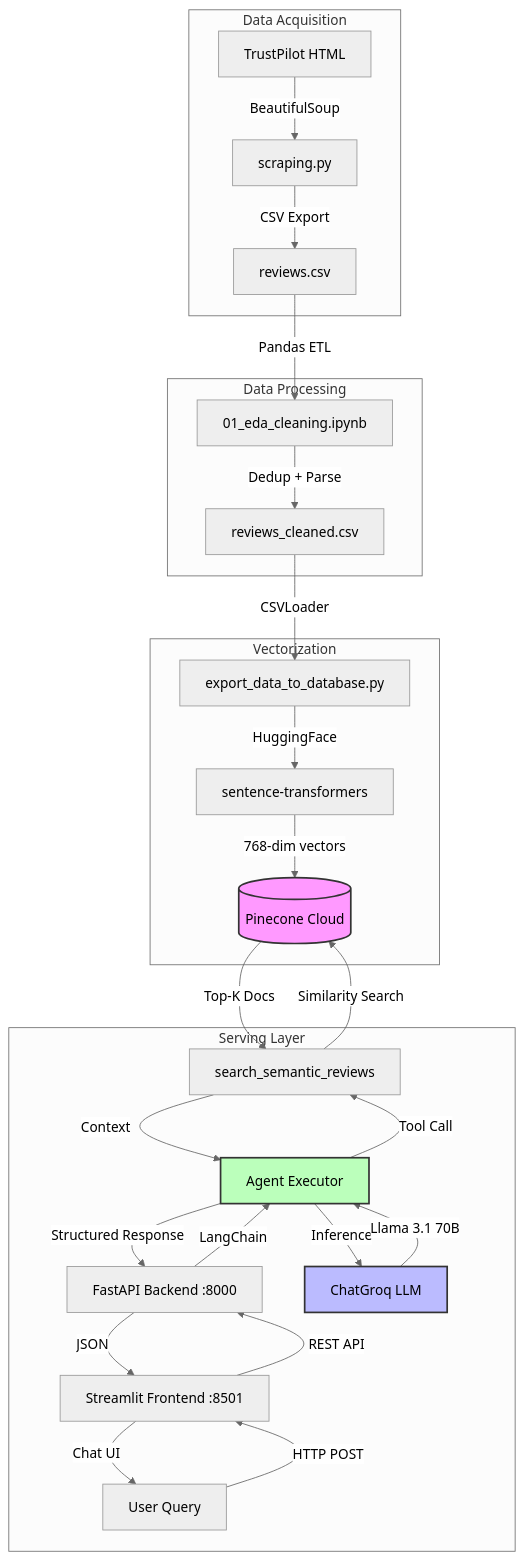
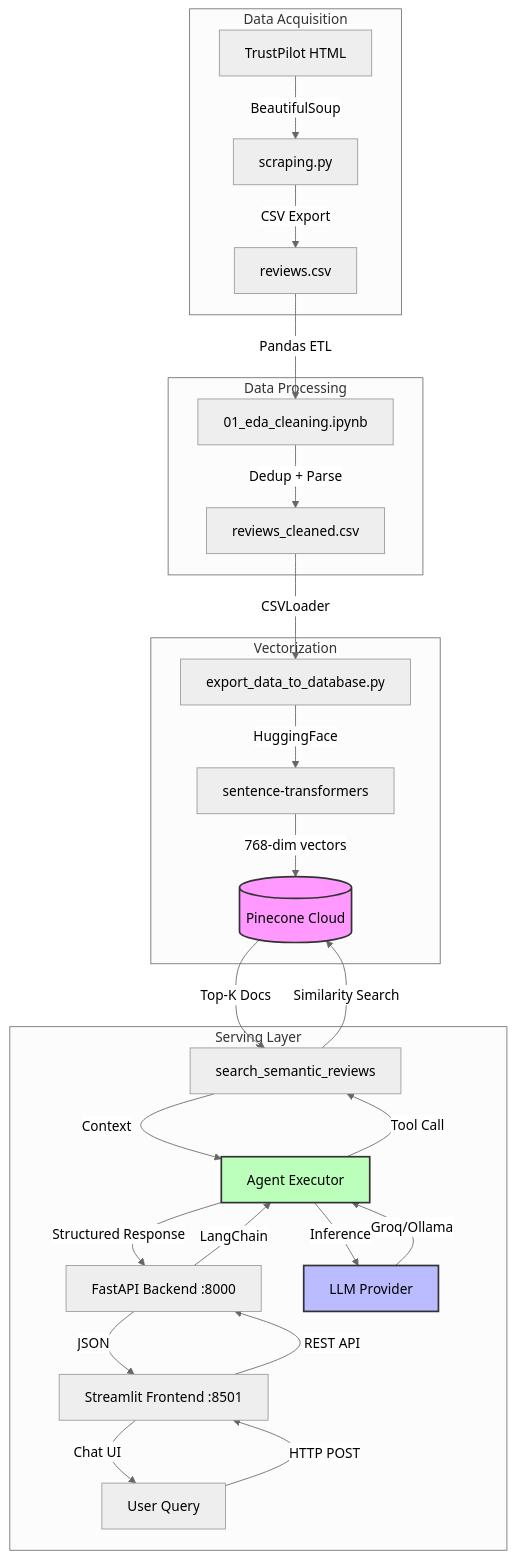
The diagram in README.md (jarzeckil/samsung-review-nlp-analyzer), drawn with Mermaid (neutral theme) before and after one commit. The commit also changed other lines of this file and 1 other file, not shown here.

Commit message:
docs: add info about ollama

````diff
--- a/README.md
+++ b/README.md
@@ -24,37 +26,37 @@
 ```mermaid
 graph TB
     subgraph Data Acquisition
         A[TrustPilot HTML] -->|BeautifulSoup| B[scraping.py]
         B -->|CSV Export| C[reviews.csv]
     end
     
     subgraph Data Processing
         C -->|Pandas ETL| D[01_eda_cleaning.ipynb]
         D -->|Dedup + Parse| E[reviews_cleaned.csv]
     end
     
     subgraph Vectorization
         E -->|CSVLoader| F[export_data_to_database.py]
         F -->|HuggingFace| G[sentence-transformers]
         G -->|768-dim vectors| H[(Pinecone Cloud)]
     end
     
     subgraph Serving Layer
         I[User Query] -->|HTTP POST| J[Streamlit Frontend :8501]
         J -->|REST API| K[FastAPI Backend :8000]
         K -->|LangChain| L[Agent Executor]
         L -->|Tool Call| M[search_semantic_reviews]
         M -->|Similarity Search| H
         H -->|Top-K Docs| M
         M -->|Context| L
-        L -->|Inference| N[ChatGroq LLM]
-        N -->|Llama 3.1 70B| L
+        L -->|Inference| N[LLM Provider]
+        N -->|Groq/Ollama| L
         L -->|Structured Response| K
         K -->|JSON| J
         J -->|Chat UI| I
     end
     
     style H fill:#f9f,stroke:#333,stroke-width:2px
     style N fill:#bbf,stroke:#333,stroke-width:2px
     style L fill:#bfb,stroke:#333,stroke-width:2px
 ```
````
